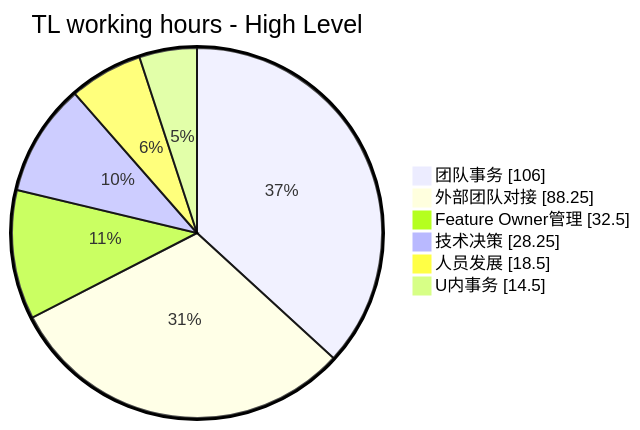
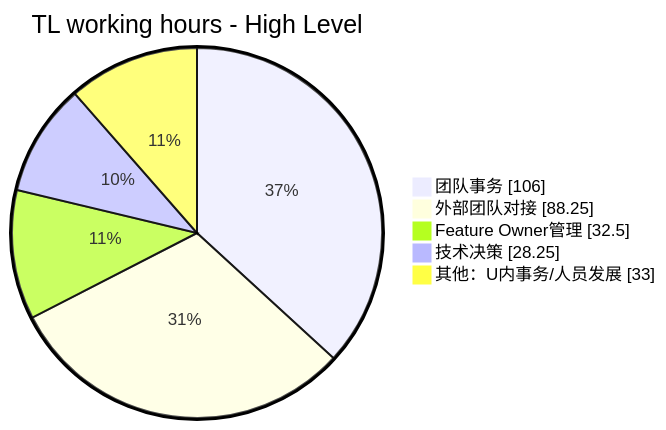
One commit to EthanLin-TWer/blog changed the first of 3 diagrams in _posts/2023-08-01-my-tech-lead-journey-i.md. Above: the diagram before and after it, drawn with Mermaid. The commit also changed other lines of this file, not shown here.

````diff
--- a/_posts/2023-08-01-my-tech-lead-journey-i.md
+++ b/_posts/2023-08-01-my-tech-lead-journey-i.md
@@ -22,10 +22,9 @@
 ```mermaid
 %%{init: {"pie": {"textPosition": 0.5, "useWidth": 870}, "themeVariables": {"pieOuterStrokeWidth": "3px"}} }%%
 pie showData title TL working hours - High Level
   "团队事务": 106
   "外部团队对接": 88.25
   "Feature Owner管理": 32.5
   "技术决策": 28.25
-  "人员发展": 18.5
-  "U内事务": 14.5
+  "其他：U内事务/人员发展": 33
 ```
````
